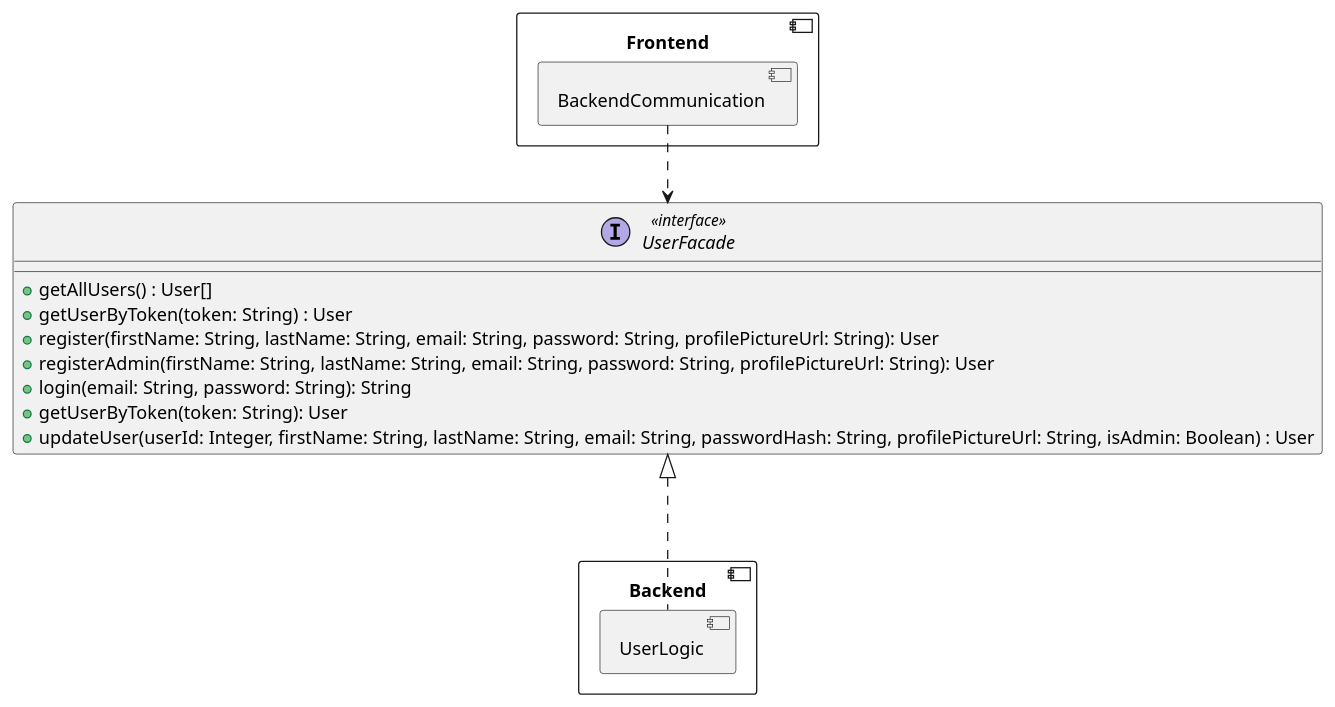
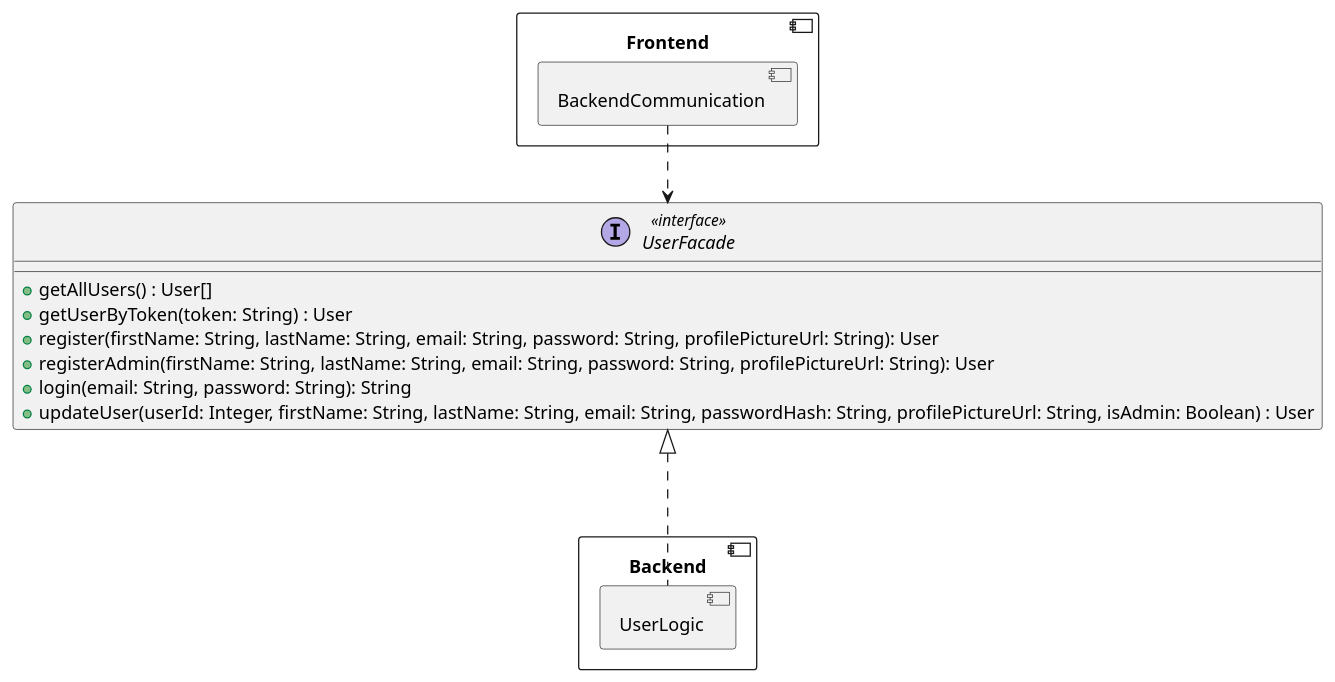
The second of 5 diagrams in frontend/BackendCommunication.md (RadekBucki/OpinionCollectorArchitecture), drawn with PlantUML before and after one commit. The commit also changed 2 other files, not shown here.

Commit message:
Remove token logic from DatabaseCommunication

````diff
--- a/frontend/BackendCommunication.md
+++ b/frontend/BackendCommunication.md
@@ -47,27 +47,26 @@
 ```plantuml
 @startuml
 component Frontend {
     component BackendCommunication {
     }
 }
 
 component Backend {
     component UserLogic {
     }
 }
 
 interface UserFacade <<interface>> {
     + getAllUsers() : User[]
     + getUserByToken(token: String) : User
     + register(firstName: String, lastName: String, email: String, password: String, profilePictureUrl: String): User
     + registerAdmin(firstName: String, lastName: String, email: String, password: String, profilePictureUrl: String): User
     + login(email: String, password: String): String
-    + getUserByToken(token: String): User
     + updateUser(userId: Integer, firstName: String, lastName: String, email: String, passwordHash: String, profilePictureUrl: String, isAdmin: Boolean) : User
 }
 
 BackendCommunication ..>   UserFacade
 UserFacade           <|... UserLogic
 
 @enduml 
 ```
````
